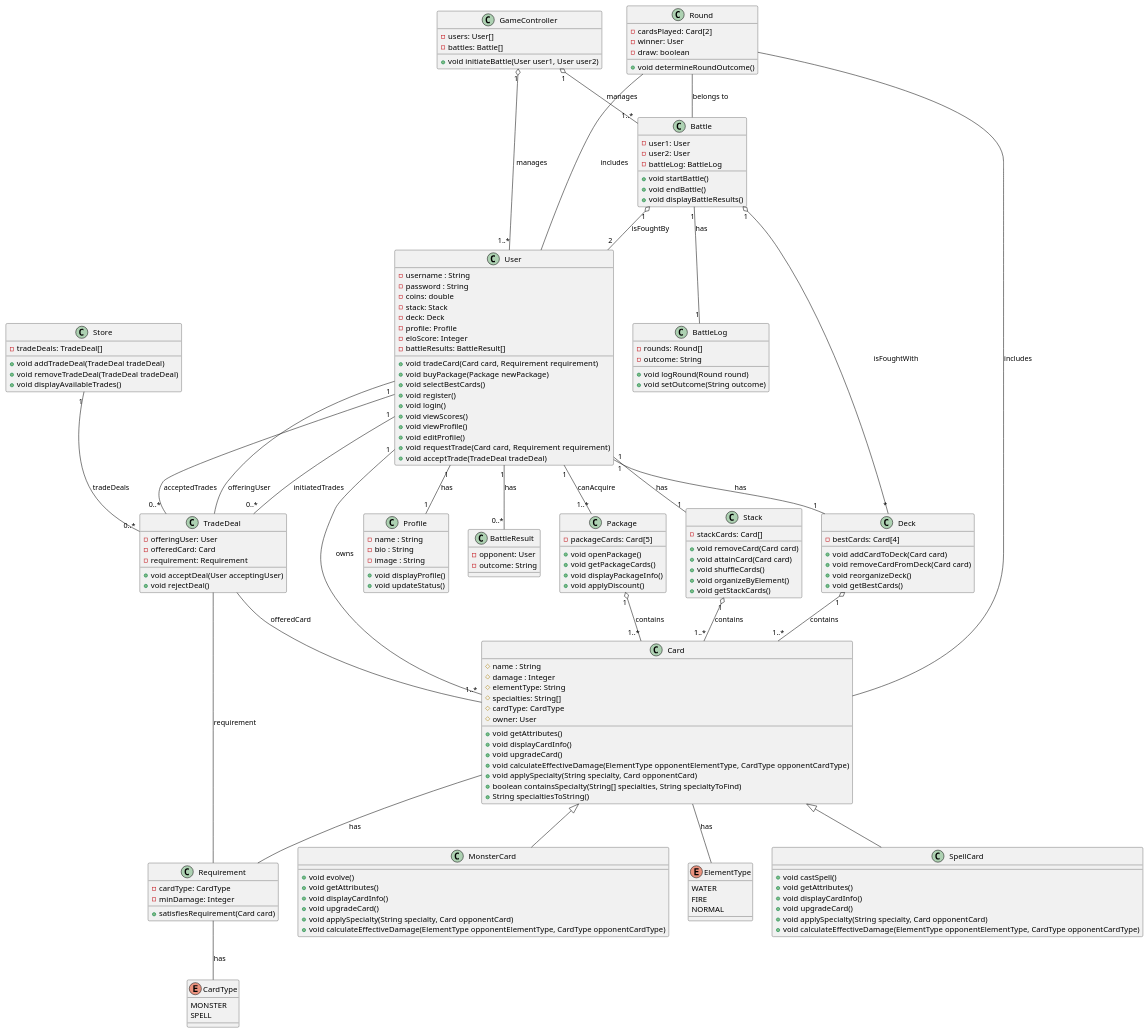
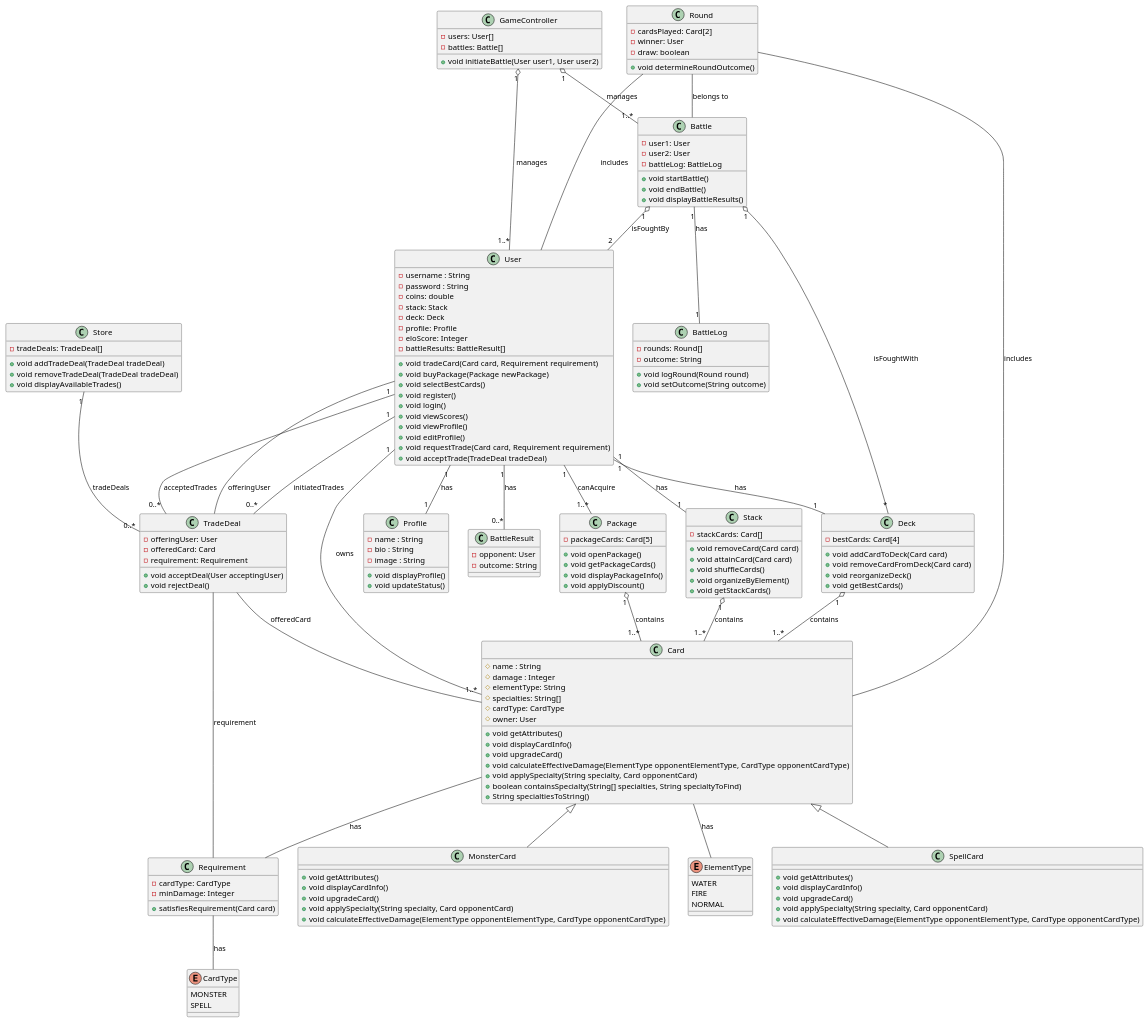
Before and after one commit to gregory567/Monster-Trading-Cards-Game-MTCG: the diagram in src/main/java/org/example/Klassen.puml, drawn with PlantUML. The commit also changed 7 other files, not shown here.

```diff
--- a/src/main/java/org/example/Klassen.puml
+++ b/src/main/java/org/example/Klassen.puml
@@ -1,196 +1,194 @@
 @startuml
 'https://plantuml.com/sequence-diagram
 
 class User {
     - username : String
     - password : String
     - coins: double
     - stack: Stack
     - deck: Deck
     - profile: Profile
     - eloScore: Integer
     - battleResults: BattleResult[]
     + void tradeCard(Card card, Requirement requirement)
     + void buyPackage(Package newPackage)
     + void selectBestCards()
     + void register()
     + void login()
     + void viewScores()
     + void viewProfile()
     + void editProfile()
     + void requestTrade(Card card, Requirement requirement)
     + void acceptTrade(TradeDeal tradeDeal)
 }
 
 class Store {
     - tradeDeals: TradeDeal[]
     + void addTradeDeal(TradeDeal tradeDeal)
     + void removeTradeDeal(TradeDeal tradeDeal)
     + void displayAvailableTrades()
 }
 
 class TradeDeal {
     - offeringUser: User
     - offeredCard: Card
     - requirement: Requirement
     + void acceptDeal(User acceptingUser)
     + void rejectDeal()
 }
 
 class Profile {
     - name : String
     - bio : String
     - image : String
     + void displayProfile()
     + void updateStatus()
 }
 
 class Card {
     # name : String
     # damage : Integer
     # elementType: String
     # specialties: String[]
     # cardType: CardType
     # owner: User
     + void getAttributes()
     + void displayCardInfo()
     + void upgradeCard()
     + void calculateEffectiveDamage(ElementType opponentElementType, CardType opponentCardType)
     + void applySpecialty(String specialty, Card opponentCard)
     + boolean containsSpecialty(String[] specialties, String specialtyToFind)
     + String specialtiesToString()
 }
 
 class SpellCard {
-    + void castSpell()
     + void getAttributes()
     + void displayCardInfo()
     + void upgradeCard()
     + void applySpecialty(String specialty, Card opponentCard)
     + void calculateEffectiveDamage(ElementType opponentElementType, CardType opponentCardType)
 }
 
 class MonsterCard {
-    + void evolve()
     + void getAttributes()
     + void displayCardInfo()
     + void upgradeCard()
     + void applySpecialty(String specialty, Card opponentCard)
     + void calculateEffectiveDamage(ElementType opponentElementType, CardType opponentCardType)
 }
 
 class Stack{
     - stackCards: Card[]
     + void removeCard(Card card)
     + void attainCard(Card card)
     + void shuffleCards()
     + void organizeByElement()
     + void getStackCards()
 }
 
 class Package {
     - packageCards: Card[5]
     + void openPackage()
     + void getPackageCards()
     + void displayPackageInfo()
     + void applyDiscount()
 }
 
 class Deck {
     - bestCards: Card[4]
     + void addCardToDeck(Card card)
     + void removeCardFromDeck(Card card)
     + void reorganizeDeck()
     + void getBestCards()
 }
 
 enum ElementType {
     WATER
     FIRE
     NORMAL
 }
 
 class Requirement {
     - cardType: CardType
     - minDamage: Integer
     + satisfiesRequirement(Card card)
 }
 
 enum CardType {
     MONSTER
     SPELL
 }
 
 class Battle {
     - user1: User
     - user2: User
     - battleLog: BattleLog
     + void startBattle()
     + void endBattle()
     + void displayBattleResults()
 }
 
 class GameController {
     - users: User[]
     - battles: Battle[]
     + void initiateBattle(User user1, User user2)
 }
 
 class BattleLog {
     - rounds: Round[]
     - outcome: String
     + void logRound(Round round)
     + void setOutcome(String outcome)
 }
 
 class Round {
     - cardsPlayed: Card[2]
     - winner: User
     - draw: boolean
     + void determineRoundOutcome()
 }
 
 class BattleResult {
     - opponent: User
     - outcome: String
 }
 
 Card <|-- MonsterCard
 Card <|-- SpellCard
 
 User "1" -- "1..*" Card : owns
 User "1" -- "1" Deck : has
 User "1" -- "1..*" Package : canAcquire
 User "1" -- "1" Stack : has
 User "1" -- "1" Profile : has
 User "1" -- "0..*" BattleResult : has
 
 Stack "1" o-- "1..*" Card : contains
 Package "1" o-- "1..*" Card : contains
 Deck "1" o-- "1..*" Card : contains
 
 Battle "1" o-- "*" Deck : isFoughtWith
 Battle "1" o-- "2" User : isFoughtBy
 Battle "1" -- "1" BattleLog : has
 
 GameController "1" o-- "1..*" User : manages
 GameController "1" o-- "1..*" Battle : manages
 
 Card -- ElementType : has
 Card -- Requirement : has
 Requirement -- CardType : has
 
 Round -- Card : includes
 Round -- User : includes
 Round -- Battle : belongs to
 
 TradeDeal -- User : offeringUser
 TradeDeal -- Card : offeredCard
 TradeDeal -- Requirement : requirement
 
 Store "1" -- "0..*" TradeDeal : tradeDeals
 
 User "1" -- "0..*" TradeDeal : initiatedTrades
 User "1" -- "0..*" TradeDeal : acceptedTrades
 
 @enduml
```
